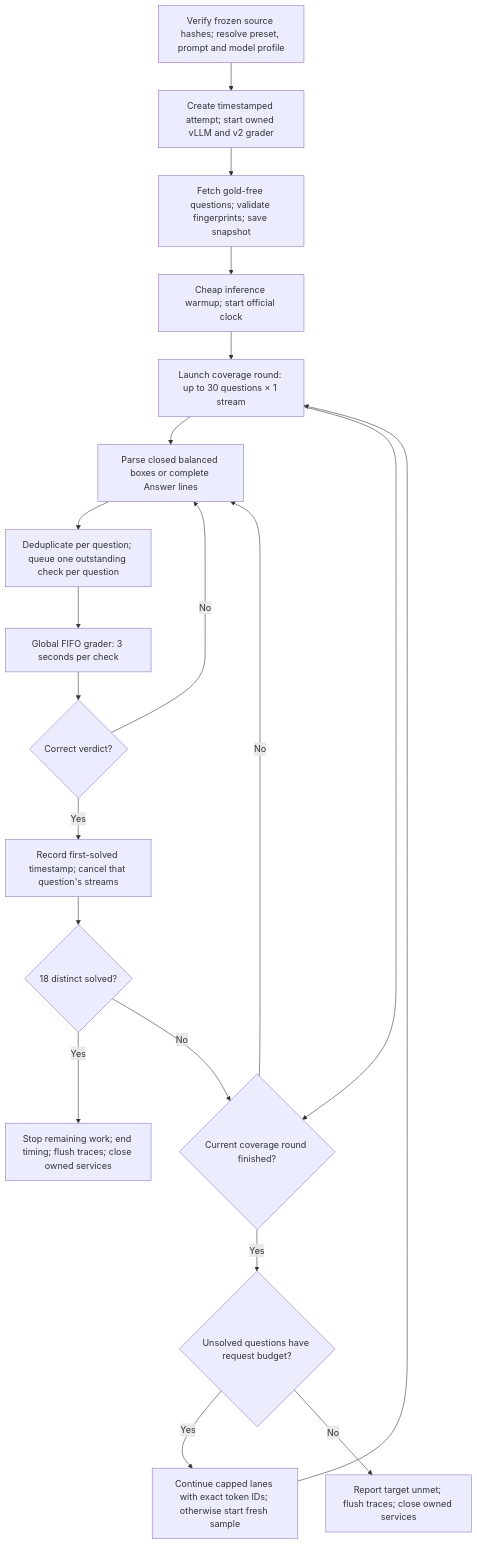
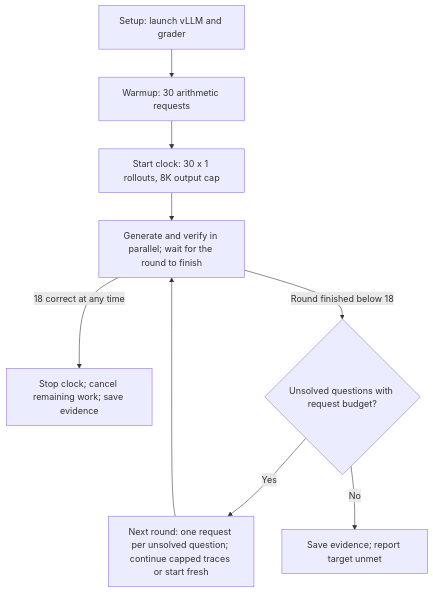
Before and after one commit to devYaoYH/aime-bench: the diagram in README.md, drawn with Mermaid. The commit also changed other lines of this file and 6 other files, not shown here.

````diff
--- a/README.md
+++ b/README.md
@@ -76,23 +60,11 @@
 ```mermaid
 flowchart TD
-    A[Verify frozen source hashes; resolve preset, prompt and model profile]
-    A --> B[Create timestamped attempt; start owned vLLM and v2 grader]
-    B --> C[Fetch gold-free questions; validate fingerprints; save snapshot]
-    C --> D[Cheap inference warmup; start official clock]
-    D --> E[Launch coverage round: up to 30 questions × 1 stream]
-    E --> F[Parse closed balanced boxes or complete Answer lines]
-    F --> G[Deduplicate per question; queue one outstanding check per question]
-    G --> H[Global FIFO grader: 3 seconds per check]
-    H --> I{Correct verdict?}
-    I -->|No| F
-    I -->|Yes| J[Record first-solved timestamp; cancel that question's streams]
-    J --> K{18 distinct solved?}
-    K -->|Yes| L[Stop remaining work; end timing; flush traces; close owned services]
-    K -->|No| M{Current coverage round finished?}
-    E --> M
-    M -->|No| F
-    M -->|Yes| N{Unsolved questions have request budget?}
-    N -->|Yes| O[Continue capped lanes with exact token IDs; otherwise start fresh sample]
-    O --> E
-    N -->|No| P[Report target unmet; flush traces; close owned services]
+    A["Setup: launch vLLM and grader"] --> B["Warmup: 30 arithmetic requests"]
+    B --> C["Start clock: 30 x 1 rollouts, 8K output cap"]
+    C --> D["Generate and verify in parallel; wait for the round to finish"]
+    D -->|18 correct at any time| S["Stop clock; cancel remaining work; save evidence"]
+    D -->|Round finished below 18| E{"Unsolved questions with request budget?"}
+    E -->|Yes| R["Next round: one request per unsolved question; continue capped traces or start fresh"]
+    R --> D
+    E -->|No| U["Save evidence; report target unmet"]
 ```
````
